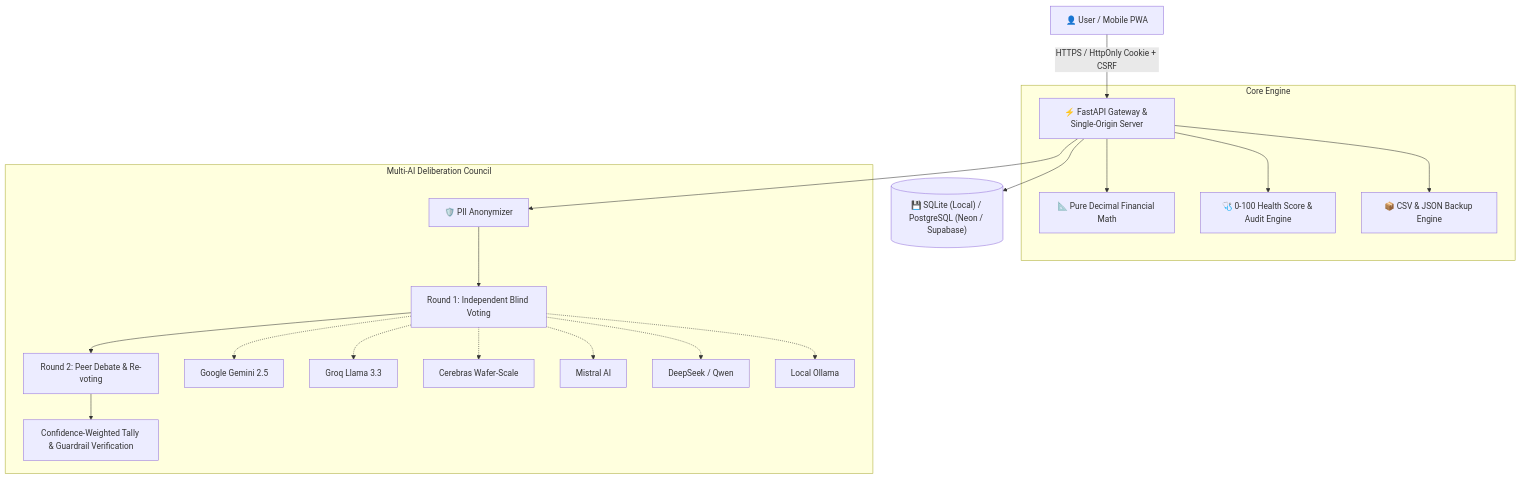
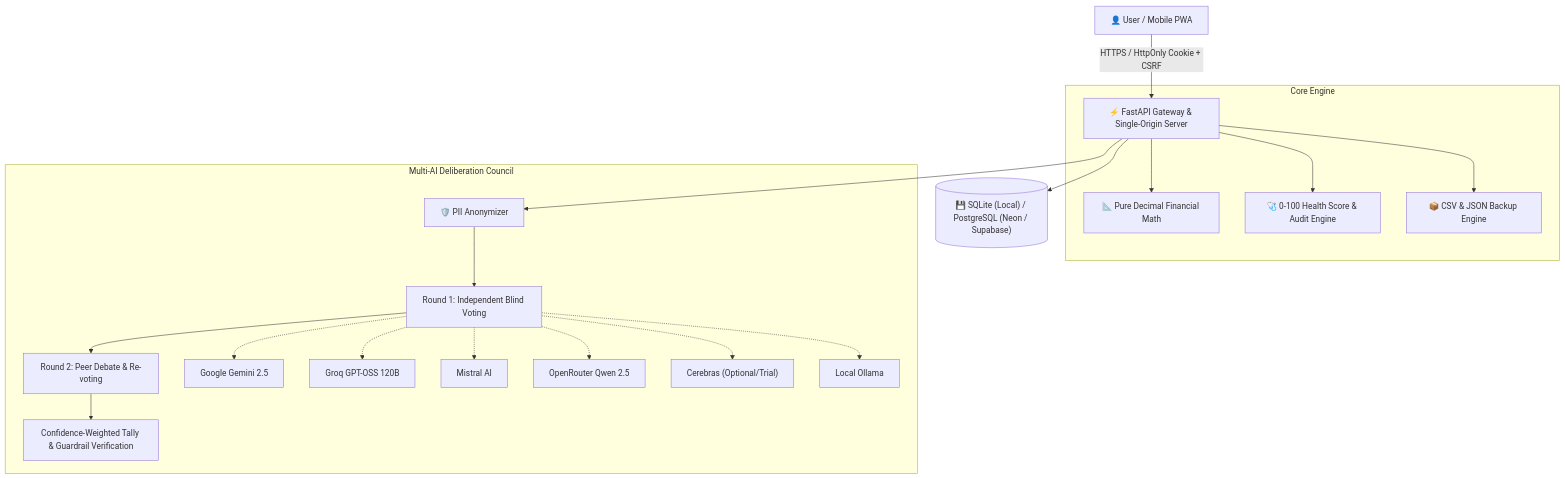
One commit to selormtettehabotsi/MoneyBudSaver changed the diagram in README.md. Above: the diagram before and after it, drawn with Mermaid. The commit also changed other lines of this file and 44 other files, not shown here.

Commit message:
feat: enhance AI Council model diversity, make Cerebras optional, add password visibility toggles, and optimize mobile UX

````diff
--- a/README.md
+++ b/README.md
@@ -35,26 +35,26 @@
 ```mermaid
 graph TD
     User["👤 User / Mobile PWA"] -->|HTTPS / HttpOnly Cookie + CSRF| FastAPI["⚡ FastAPI Gateway & Single-Origin Server"]
     
     subgraph Core Engine
         FastAPI --> FinMath["📐 Pure Decimal Financial Math"]
         FastAPI --> HealthScore["🩺 0-100 Health Score & Audit Engine"]
         FastAPI --> BackupEngine["📦 CSV & JSON Backup Engine"]
     end
     
     subgraph Multi-AI Deliberation Council
         FastAPI --> PIIScrub["🛡️ PII Anonymizer"]
         PIIScrub --> Round1["Round 1: Independent Blind Voting"]
         Round1 --> Round2["Round 2: Peer Debate & Re-voting"]
         Round2 --> Tally["Confidence-Weighted Tally & Guardrail Verification"]
         
         Round1 -.-> Gemini["Google Gemini 2.5"]
-        Round1 -.-> Groq["Groq Llama 3.3"]
-        Round1 -.-> Cerebras["Cerebras Wafer-Scale"]
+        Round1 -.-> Groq["Groq GPT-OSS 120B"]
         Round1 -.-> Mistral["Mistral AI"]
-        Round1 -.-> OpenRouter["DeepSeek / Qwen"]
+        Round1 -.-> OpenRouter["OpenRouter Qwen 2.5"]
+        Round1 -.-> Cerebras["Cerebras (Optional/Trial)"]
         Round1 -.-> Ollama["Local Ollama"]
     end
 
     FastAPI --> DB[("💾 SQLite (Local) / PostgreSQL (Neon / Supabase)")]
 ```
````
